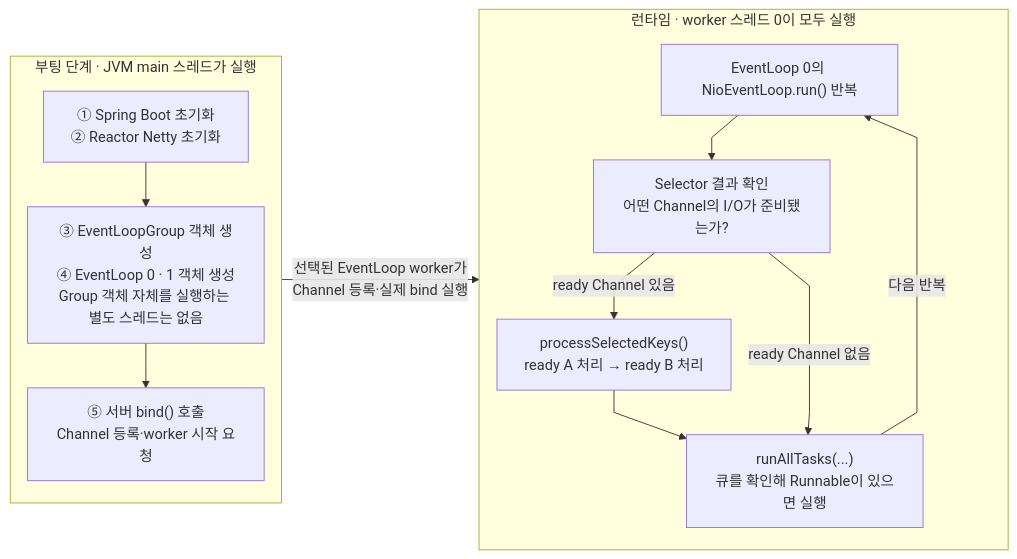
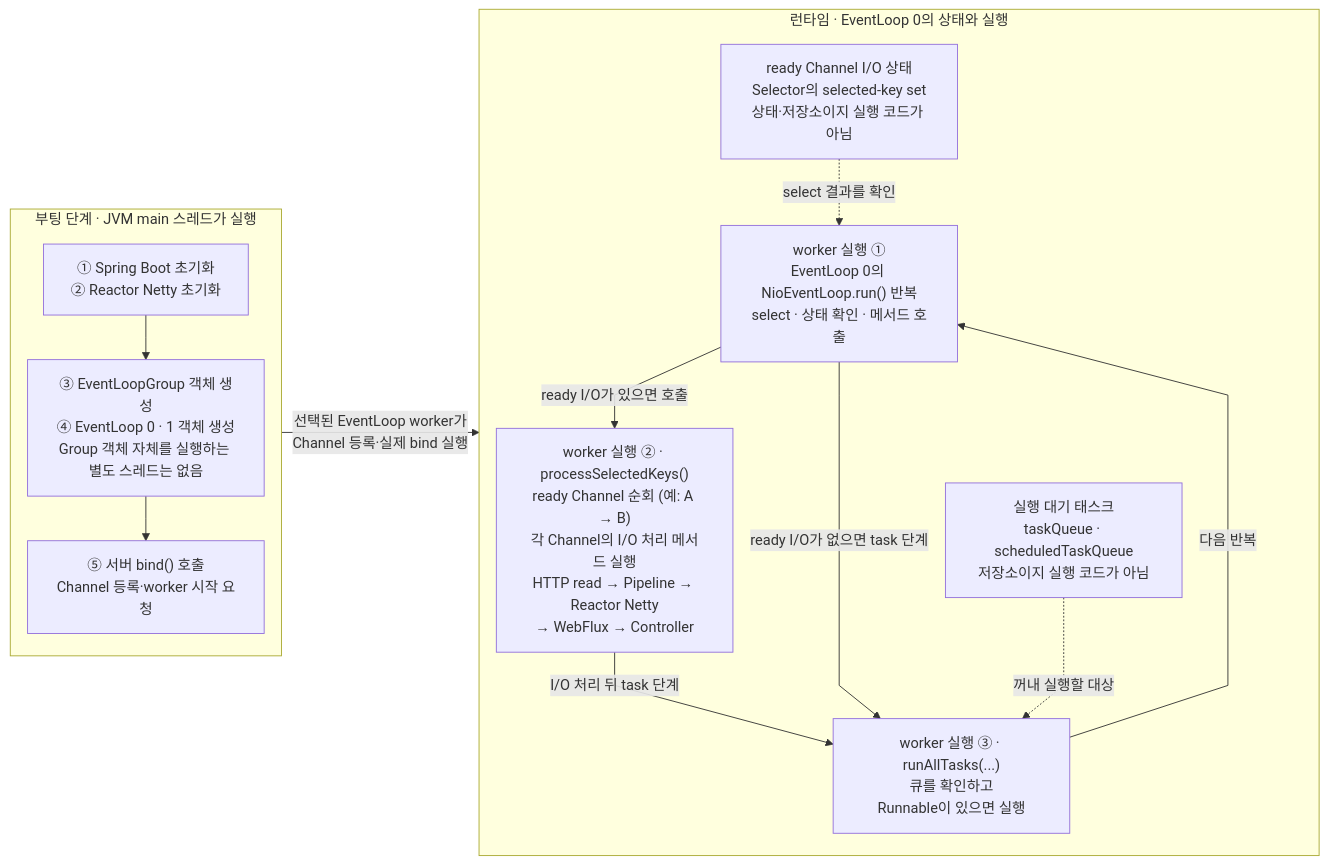
Before and after one commit to lee-gimoon/futures-paper-trading: the diagram in docs/frontend-study/webflux-netty-event-loop.md, drawn with Mermaid. The commit also changed other lines of this file, not shown here.

Commit message:
docs: merge Netty event loop runtime diagrams

````diff
--- a/docs/frontend-study/webflux-netty-event-loop.md
+++ b/docs/frontend-study/webflux-netty-event-loop.md
@@ -40,25 +40,31 @@
 ```mermaid
 %%{init: {"themeVariables": {"fontSize": "16px"}, "flowchart": {"nodeSpacing": 18, "rankSpacing": 24, "curve": "linear", "subGraphTitleMargin": {"top": 0, "bottom": 14}}}}%%
 flowchart LR
   subgraph STARTUP["부팅 단계 · JVM main 스레드가 실행"]
     direction TB
     INIT["① Spring Boot 초기화<br/>② Reactor Netty 초기화"]
     CREATE["③ EventLoopGroup 객체 생성<br/>④ EventLoop 0 · 1 객체 생성<br/>Group 객체 자체를 실행하는 별도 스레드는 없음"]
     REQUEST["⑤ 서버 bind() 호출<br/>Channel 등록·worker 시작 요청"]
     INIT --> CREATE --> REQUEST
   end
 
-  subgraph RUNTIME["런타임 · worker 스레드 0이 모두 실행"]
+  subgraph RUNTIME["런타임 · EventLoop 0의 상태와 실행"]
     direction TB
-    RUN["EventLoop 0의 NioEventLoop.run() 반복"]
-    READY["Selector 결과 확인<br/>어떤 Channel의 I/O가 준비됐는가?"]
-    CHANNEL["processSelectedKeys()<br/>ready A 처리 → ready B 처리"]
-    TASK["runAllTasks(...)<br/>큐를 확인해 Runnable이 있으면 실행"]
-    RUN --> READY
-    READY -->|"ready Channel 있음"| CHANNEL --> TASK
-    READY -->|"ready Channel 없음"| TASK
+    READY["ready Channel I/O 상태<br/>Selector의 selected-key set<br/>상태·저장소이지 실행 코드가 아님"]
+    QUEUES["실행 대기 태스크<br/>taskQueue · scheduledTaskQueue<br/>저장소이지 실행 코드가 아님"]
+
+    RUN["worker 실행 ①<br/>EventLoop 0의 NioEventLoop.run() 반복<br/>select · 상태 확인 · 메서드 호출"]
+    IO["worker 실행 ② · processSelectedKeys()<br/>ready Channel 순회 (예: A → B)<br/>각 Channel의 I/O 처리 메서드 실행<br/>HTTP read → Pipeline → Reactor Netty<br/>→ WebFlux → Controller"]
+    TASK["worker 실행 ③ · runAllTasks(...)<br/>큐를 확인하고<br/>Runnable이 있으면 실행"]
+
+    RUN -->|"ready I/O가 있으면 호출"| IO
+    IO -->|"I/O 처리 뒤 task 단계"| TASK
+    RUN -->|"ready I/O가 없으면 task 단계"| TASK
     TASK -->|"다음 반복"| RUN
+
+    READY -.->|"select 결과를 확인"| RUN
+    QUEUES -.->|"꺼내 실행할 대상"| TASK
   end
 
   STARTUP -->|"선택된 EventLoop worker가<br/>Channel 등록·실제 bind 실행"| RUNTIME
 ```
````
